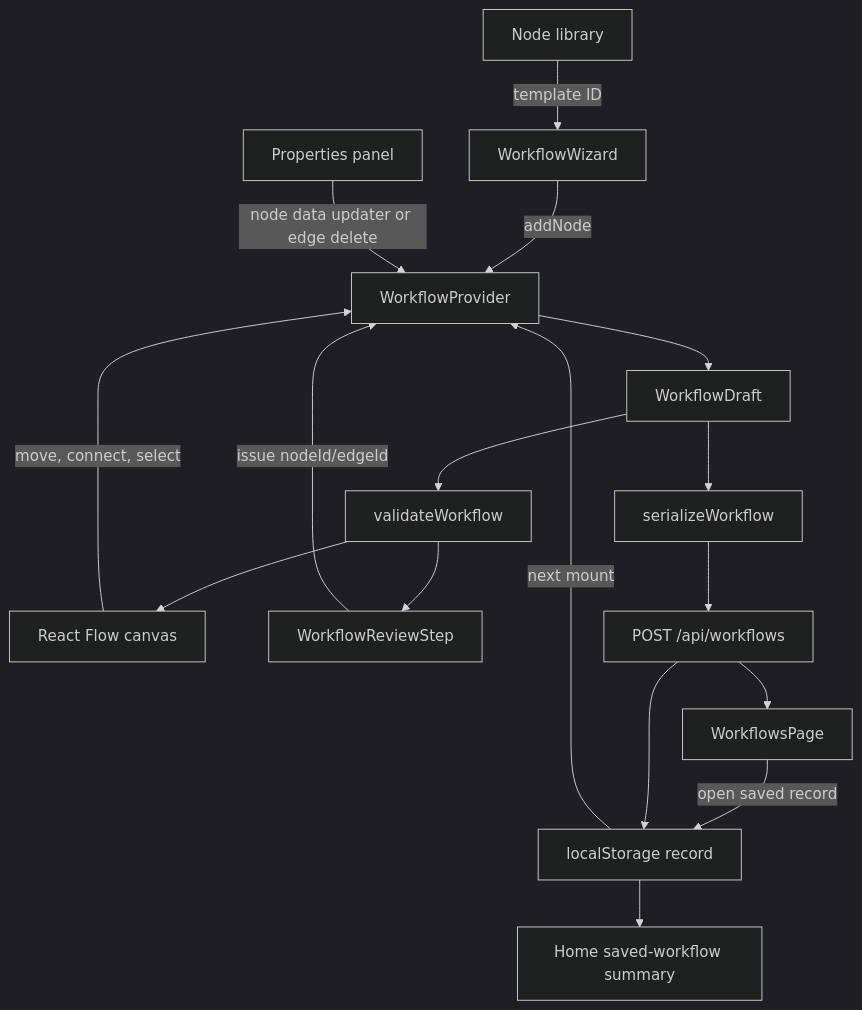
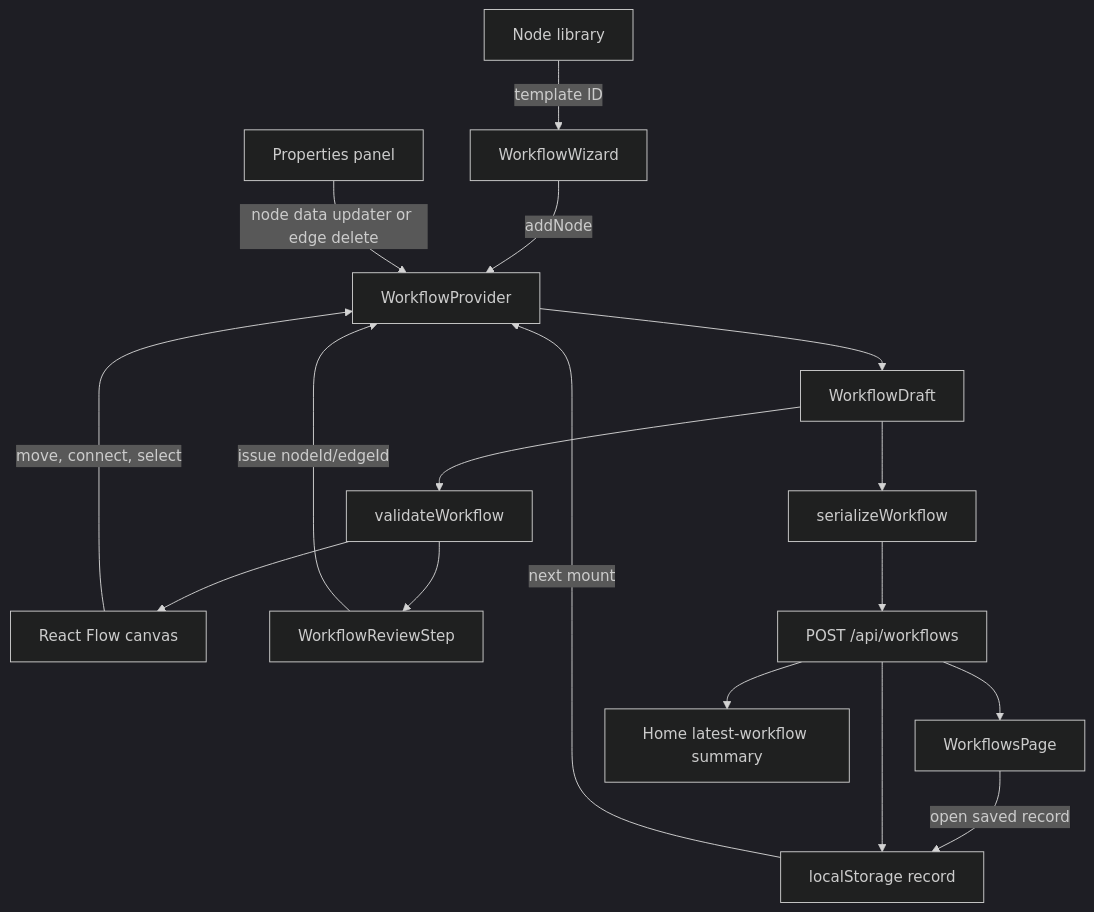
The diagram in docs/03-frontend-state-and-data-flow.md (alezemelo/Baited), drawn with Mermaid (dark theme) before and after one commit. The commit also changed other lines of this file and 9 other files, not shown here.

Commit message:
feat: update Home page to load latest workflow from database with error handling and loading states

````diff
--- a/docs/03-frontend-state-and-data-flow.md
+++ b/docs/03-frontend-state-and-data-flow.md
@@ -26,19 +26,19 @@
 ```mermaid
 flowchart TD
   Library["Node library"] -->|template ID| Wizard["WorkflowWizard"]
   Wizard -->|addNode| Provider["WorkflowProvider"]
   Canvas["React Flow canvas"] -->|move, connect, select| Provider
   Inspector["Properties panel"] -->|node data updater or edge delete| Provider
   Provider --> Draft["WorkflowDraft"]
   Draft --> Validator["validateWorkflow"]
   Validator --> Canvas
   Validator --> Review["WorkflowReviewStep"]
   Review -->|issue nodeId/edgeId| Provider
   Draft --> Serializer["serializeWorkflow"]
   Serializer --> API["POST /api/workflows"]
   API --> Archive["WorkflowsPage"]
+  API --> Home["Home latest-workflow summary"]
   Archive -->|open saved record| Local
   API --> Local["localStorage record"]
   Local -->|next mount| Provider
-  Local --> Home["Home saved-workflow summary"]
 ```
````
